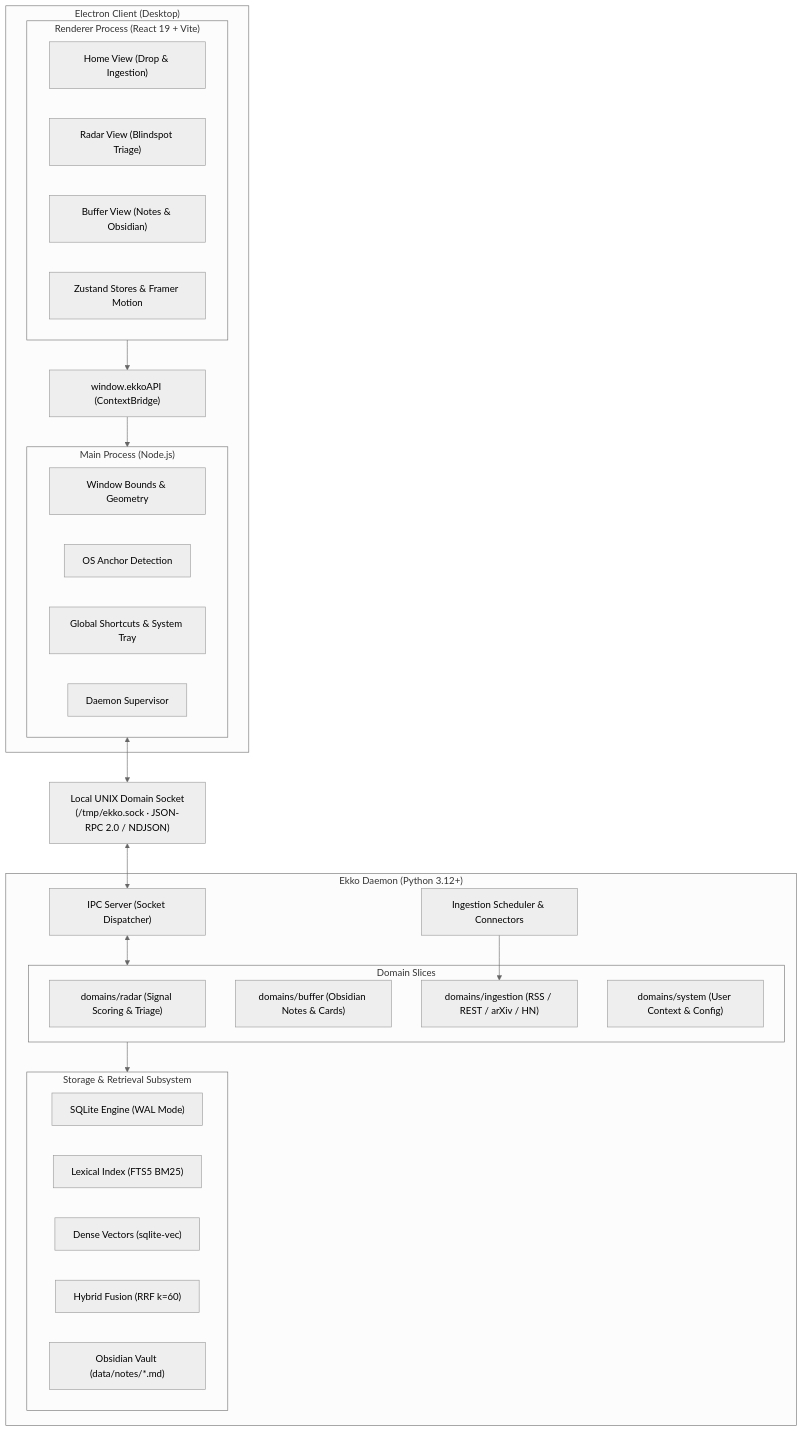
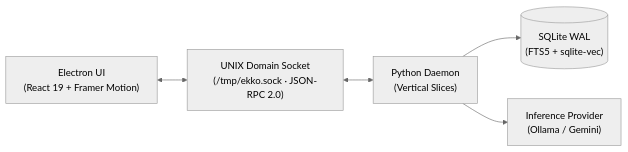
The diagram in docs/architecture.md (Moohmoo/Ekko), drawn with Mermaid (neutral theme) before and after one commit. The commit also changed other lines of this file and 5 other files, not shown here.

````diff
--- a/docs/architecture.md
+++ b/docs/architecture.md
@@ -11,46 +11,13 @@
 ```mermaid
-flowchart TD
-    subgraph Client ["Electron Client (Desktop)"]
-        subgraph Renderer ["Renderer Process (React 19 + Vite)"]
-            Home["Home View (Drop & Ingestion)"]
-            Radar["Radar View (Blindspot Triage)"]
-            Buffer["Buffer View (Notes & Obsidian)"]
-            Stores["Zustand Stores & Framer Motion"]
-        end
-        Bridge["window.ekkoAPI (ContextBridge)"]
-        subgraph Main ["Main Process (Node.js)"]
-            WinMgr["Window Bounds & Geometry"]
-            Anchor["OS Anchor Detection"]
-            Tray["Global Shortcuts & System Tray"]
-            DaemonMgr["Daemon Supervisor"]
-        end
-        Renderer --> Bridge
-        Bridge --> Main
-    end
+flowchart LR
+    UI["Electron UI\n(React 19 + Framer Motion)"]
+    IPC["UNIX Domain Socket\n(/tmp/ekko.sock · JSON-RPC 2.0)"]
+    Daemon["Python Daemon\n(Vertical Slices)"]
+    Storage[("SQLite WAL\n(FTS5 + sqlite-vec)")]
+    LLM["Inference Provider\n(Ollama / Gemini)"]
 
-    IPC["Local UNIX Domain Socket\n(/tmp/ekko.sock · JSON-RPC 2.0 / NDJSON)"]
-    Main <--> IPC
-
-    subgraph Daemon ["Ekko Daemon (Python 3.12+)"]
-        IPCServer["IPC Server (Socket Dispatcher)"]
-        IngestionCoord["Ingestion Scheduler & Connectors"]
-        subgraph Domains ["Domain Slices"]
-            RadarSlice["domains/radar (Signal Scoring & Triage)"]
-            BufferSlice["domains/buffer (Obsidian Notes & Cards)"]
-            IngestSlice["domains/ingestion (RSS / REST / arXiv / HN)"]
-            SystemSlice["domains/system (User Context & Config)"]
-        end
-        subgraph Storage ["Storage & Retrieval Subsystem"]
-            SQLite["SQLite Engine (WAL Mode)"]
-            FTS["Lexical Index (FTS5 BM25)"]
-            Vec["Dense Vectors (sqlite-vec)"]
-            RRF["Hybrid Fusion (RRF k=60)"]
-            Obsidian["Obsidian Vault (data/notes/*.md)"]
-        end
-        IPCServer <--> Domains
-        IngestionCoord --> IngestSlice
-        Domains --> Storage
-    end
-
-    IPC <--> IPCServer
+    UI <--> IPC
+    IPC <--> Daemon
+    Daemon --> Storage
+    Daemon --> LLM
 ```
````
